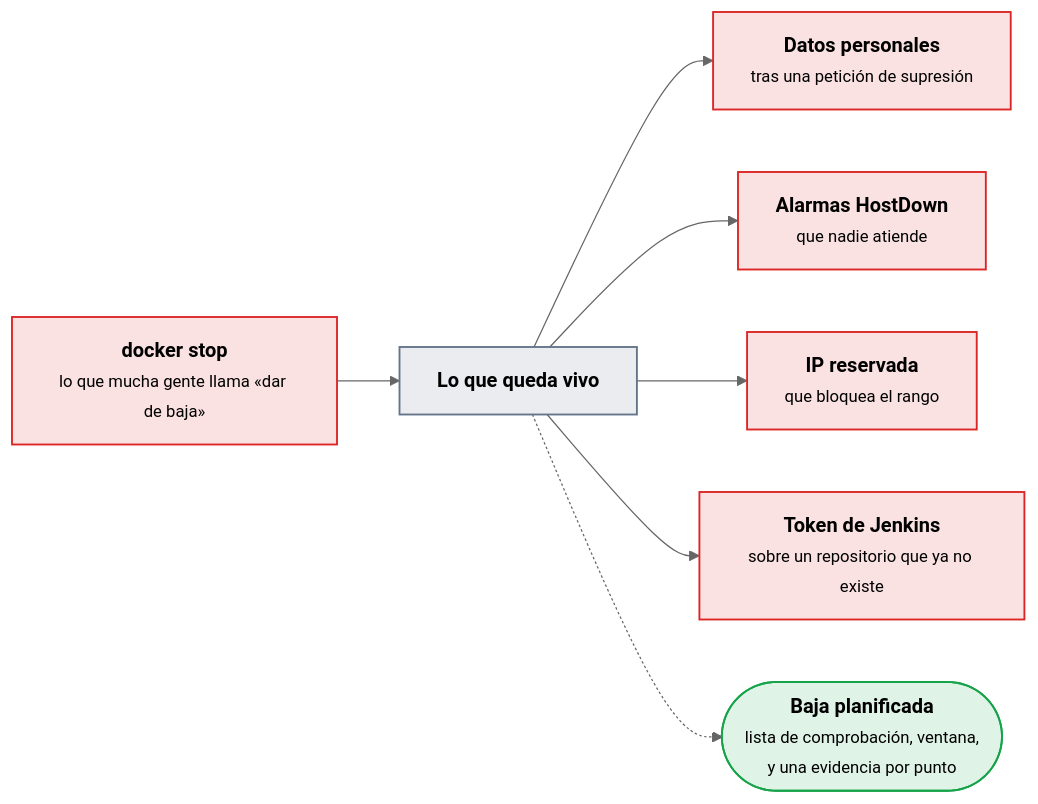
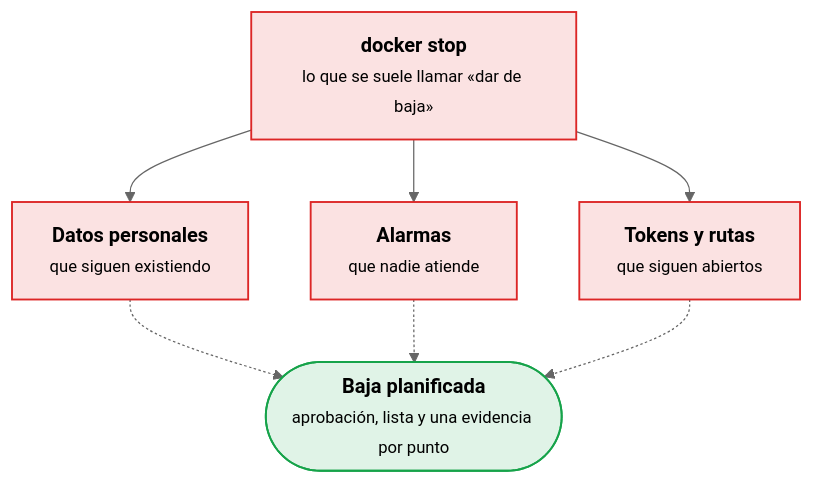
Before and after one commit to victor-educ/apuntes-5169: the first of 5 diagrams in docs/ut/ut8-terminacion-segura.md, drawn with Mermaid (neutral theme). The commit also changed other lines of this file and 6 other files, not shown here.

````diff
--- a/docs/ut/ut8-terminacion-segura.md
+++ b/docs/ut/ut8-terminacion-segura.md
@@ -19,18 +19,12 @@
 ```mermaid
-flowchart LR
-    S["<b>docker stop</b><br><small>lo que mucha gente llama «dar de baja»</small>"]:::riesgo
-    R["<b>Lo que queda vivo</b>"]:::pieza
-    R1["<b>Datos personales</b><br><small>tras una petición de supresión</small>"]:::riesgo
-    R2["<b>Alarmas HostDown</b><br><small>que nadie atiende</small>"]:::riesgo
-    R3["<b>IP reservada</b><br><small>que bloquea el rango</small>"]:::riesgo
-    R4["<b>Token de Jenkins</b><br><small>sobre un repositorio que ya no existe</small>"]:::riesgo
-    P(["<b>Baja planificada</b><br><small>lista de comprobación, ventana,<br>y una evidencia por punto</small>"]):::ok
-    S --> R --> R1 & R2 & R3 & R4
-    R -.-> P
-    classDef act fill:#ea580c22,stroke:#ea580c,stroke-width:1.5px
-    classDef pieza fill:#64748b22,stroke:#64748b,stroke-width:1.5px
-    classDef dato fill:#2563eb22,stroke:#2563eb,stroke-width:1.5px
-    classDef infra fill:#a1a1aa14,stroke:#a1a1aa,stroke-width:1.5px
+flowchart TB
+    S["<b>docker stop</b><br><small>lo que se suele llamar «dar de baja»</small>"]:::riesgo
+    R1["<b>Datos personales</b><br><small>que siguen existiendo</small>"]:::riesgo
+    R2["<b>Alarmas</b><br><small>que nadie atiende</small>"]:::riesgo
+    R3["<b>Tokens y rutas</b><br><small>que siguen abiertos</small>"]:::riesgo
+    P(["<b>Baja planificada</b><br><small>aprobación, lista y una evidencia por punto</small>"]):::ok
+    S --> R1 & R2 & R3
+    R1 & R2 & R3 -.-> P
     classDef ok fill:#16a34a22,stroke:#16a34a,stroke-width:1.5px
     classDef riesgo fill:#dc262622,stroke:#dc2626,stroke-width:1.5px
 ```
````
